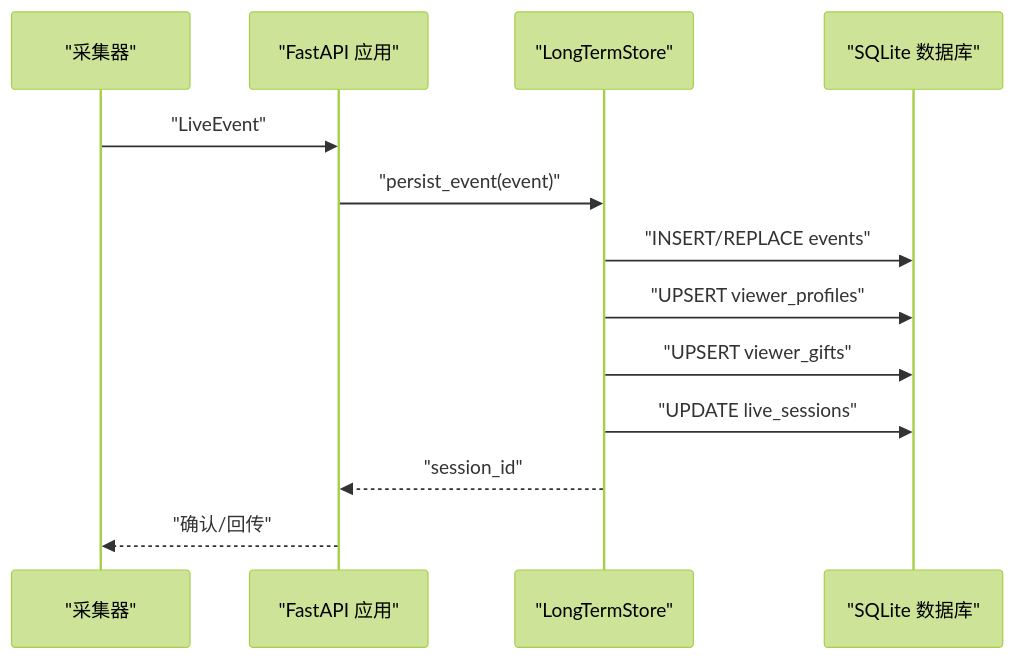
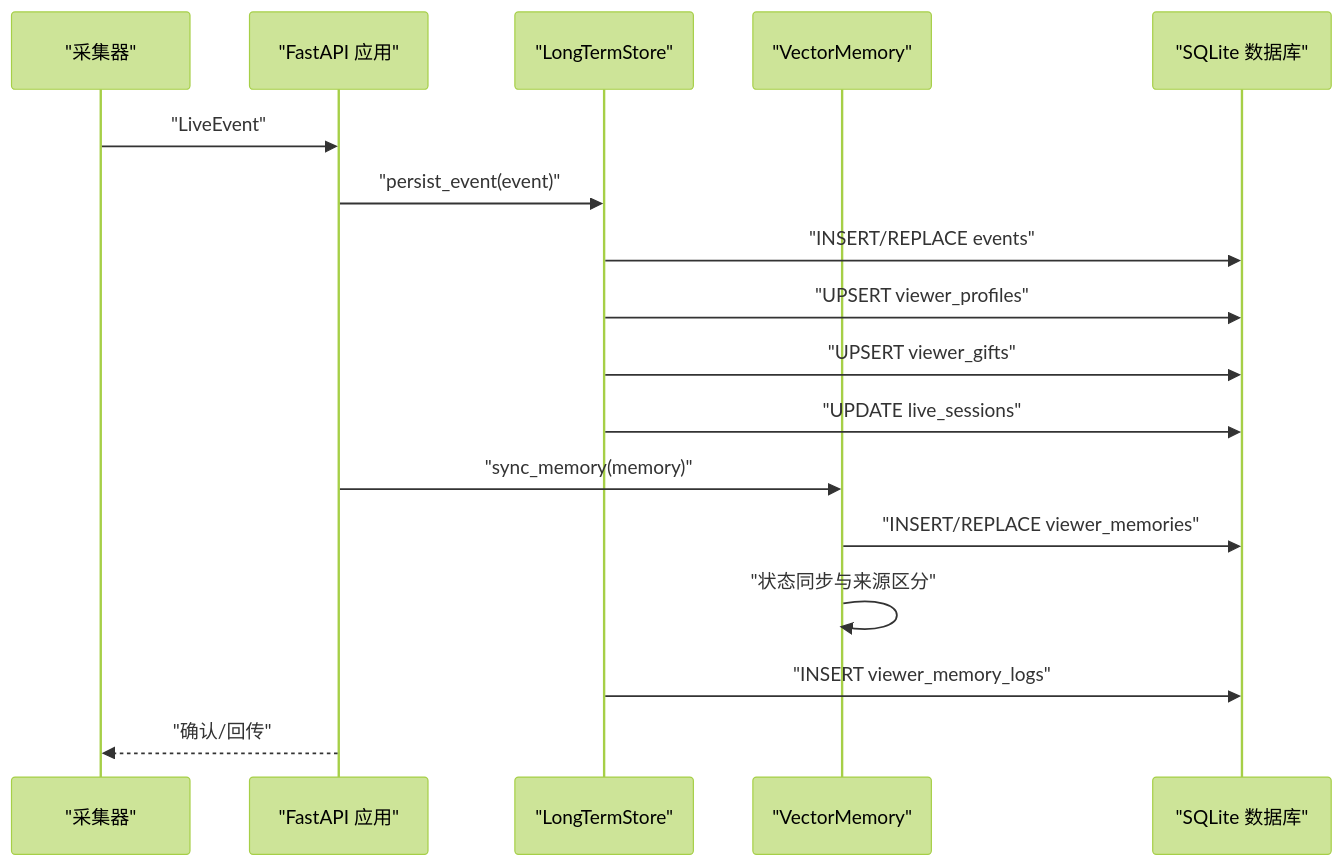
One commit to Moon-Force/DouYin_llm changed the second of 3 diagrams in .qoder/repowiki/zh/content/后端服务/内存管理系统/长期存储管理.md. Above: the diagram before and after it, drawn with Mermaid (forest theme). The commit also changed other lines of this file and 17 other files, not shown here.

````diff
--- a/.qoder/repowiki/zh/content/后端服务/内存管理系统/长期存储管理.md
+++ b/.qoder/repowiki/zh/content/后端服务/内存管理系统/长期存储管理.md
@@ -71,15 +89,19 @@
 ```mermaid
 sequenceDiagram
 participant COL as "采集器"
 participant APP as "FastAPI 应用"
 participant LT as "LongTermStore"
+participant VM as "VectorMemory"
 participant DB as "SQLite 数据库"
 COL->>APP : "LiveEvent"
 APP->>LT : "persist_event(event)"
 LT->>DB : "INSERT/REPLACE events"
 LT->>DB : "UPSERT viewer_profiles"
 LT->>DB : "UPSERT viewer_gifts"
 LT->>DB : "UPDATE live_sessions"
-LT-->>APP : "session_id"
+APP->>VM : "sync_memory(memory)"
+VM->>DB : "INSERT/REPLACE viewer_memories"
+VM->>VM : "状态同步与来源区分"
+LT->>DB : "INSERT viewer_memory_logs"
 APP-->>COL : "确认/回传"
 ```
````
